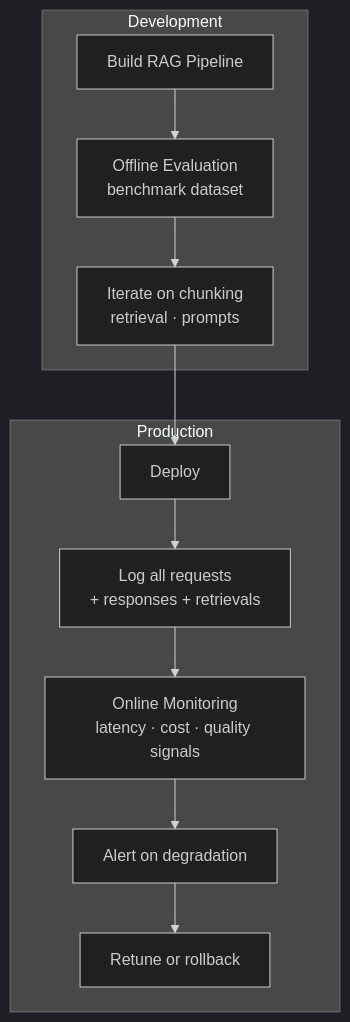
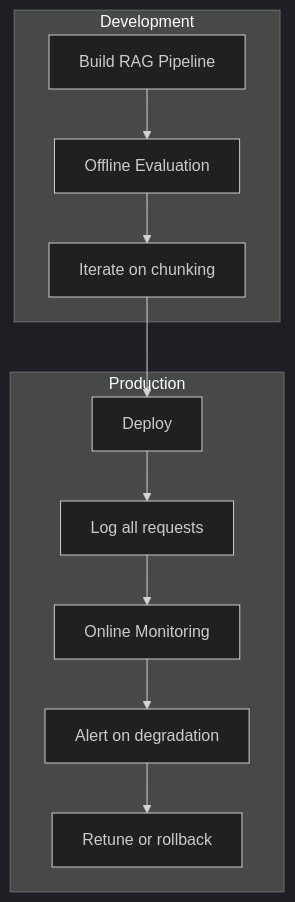
The diagram in 11-ai-data-engineering/06-llmops-and-evaluation.md (gcmishra7/data-engineering-helper), drawn with Mermaid (dark theme) before and after one commit. The commit also changed other lines of this file and 57 other files, not shown here.

First line of the commit message:
Shorten mermaid node labels to fix text truncation on GitHub

````diff
--- a/11-ai-data-engineering/06-llmops-and-evaluation.md
+++ b/11-ai-data-engineering/06-llmops-and-evaluation.md
@@ -8,14 +8,14 @@
 ```mermaid
 graph TD
     subgraph Development
-        BUILD[Build RAG Pipeline] --> EVAL[Offline Evaluation<br/>benchmark dataset]
-        EVAL --> ITERATE[Iterate on chunking<br/>retrieval · prompts]
+        BUILD[Build RAG Pipeline] --> EVAL[Offline Evaluation]
+        EVAL --> ITERATE[Iterate on chunking]
     end
     subgraph Production
-        DEPLOY[Deploy] --> LOG[Log all requests<br/>+ responses + retrievals]
-        LOG --> MON[Online Monitoring<br/>latency · cost · quality signals]
+        DEPLOY[Deploy] --> LOG[Log all requests]
+        LOG --> MON[Online Monitoring]
         MON --> ALERT[Alert on degradation]
         ALERT --> RETUNE[Retune or rollback]
     end
     ITERATE --> DEPLOY
 ```
````
